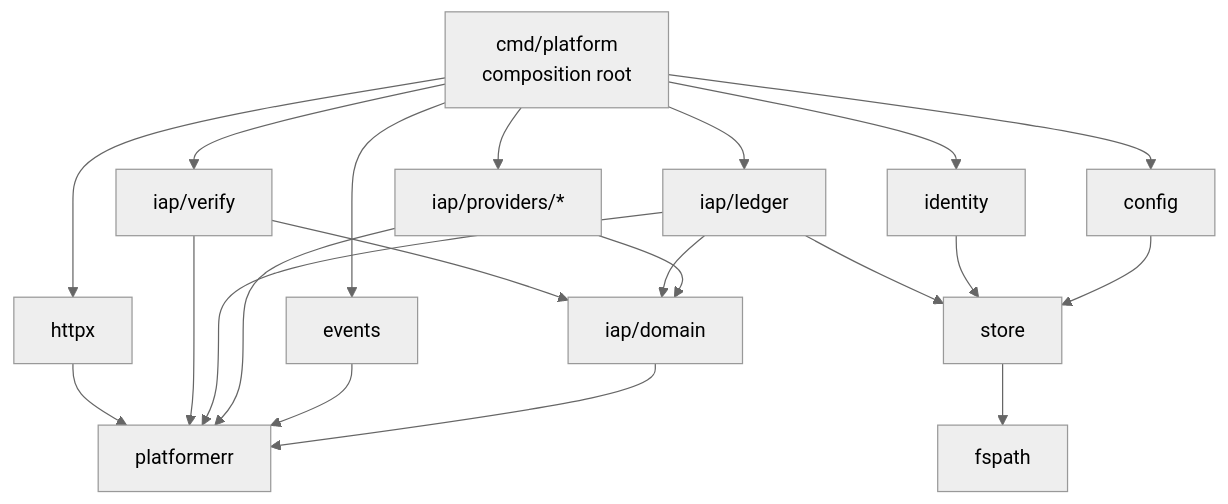
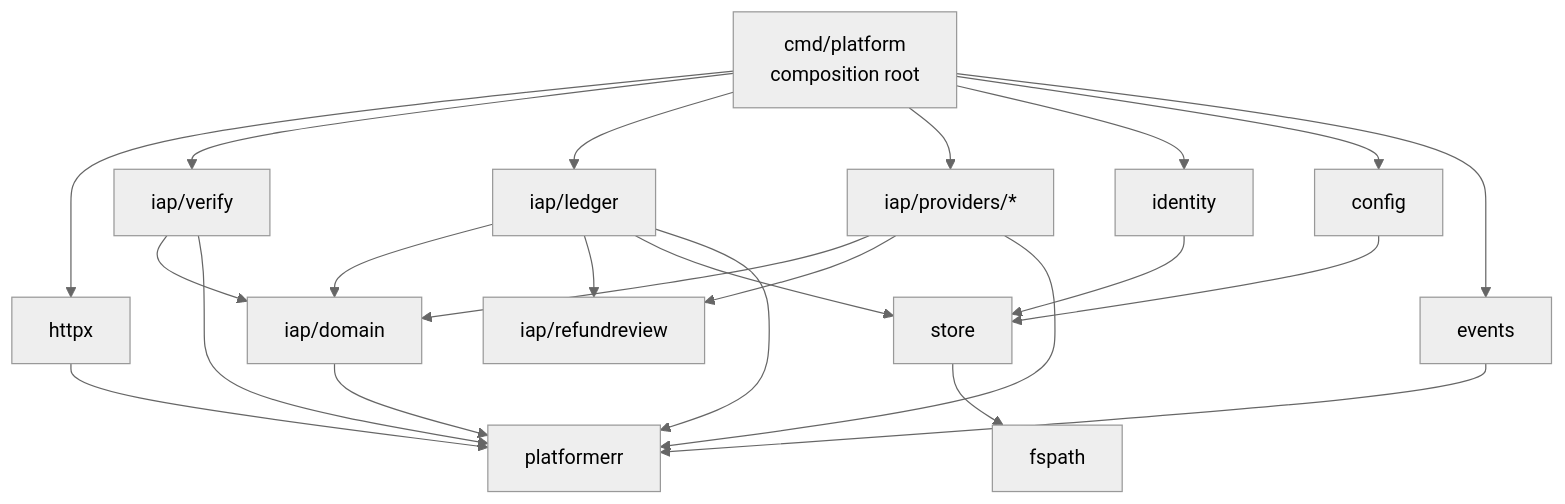
One commit to seorilabs/platform changed the diagram in docs/03-architecture/server-layout.md. Above: the diagram before and after it, drawn with Mermaid (neutral theme). The commit also changed other lines of this file and 39 other files, not shown here.

````diff
--- a/docs/03-architecture/server-layout.md
+++ b/docs/03-architecture/server-layout.md
@@ -44,24 +45,26 @@
 ```mermaid
 flowchart TD
   CMD["cmd/platform<br/>composition root"] --> HTTPX["httpx"]
   CMD --> VERIFY["iap/verify"]
   CMD --> LEDGER["iap/ledger"]
   CMD --> PROV["iap/providers/*"]
   CMD --> ID["identity"]
   CMD --> CFG["config"]
   CMD --> EV["events"]
 
   HTTPX --> ERR["platformerr"]
   VERIFY --> DOM["iap/domain"]
   VERIFY --> ERR
   LEDGER --> DOM
+  LEDGER --> REFUND["iap/refundreview"]
   LEDGER --> STORE["store"]
   LEDGER --> ERR
   PROV --> DOM
+  PROV --> REFUND
   PROV --> ERR
   ID --> STORE
   CFG --> STORE
   EV --> ERR
   STORE --> FSPATH["fspath"]
   DOM --> ERR
 ```
````
